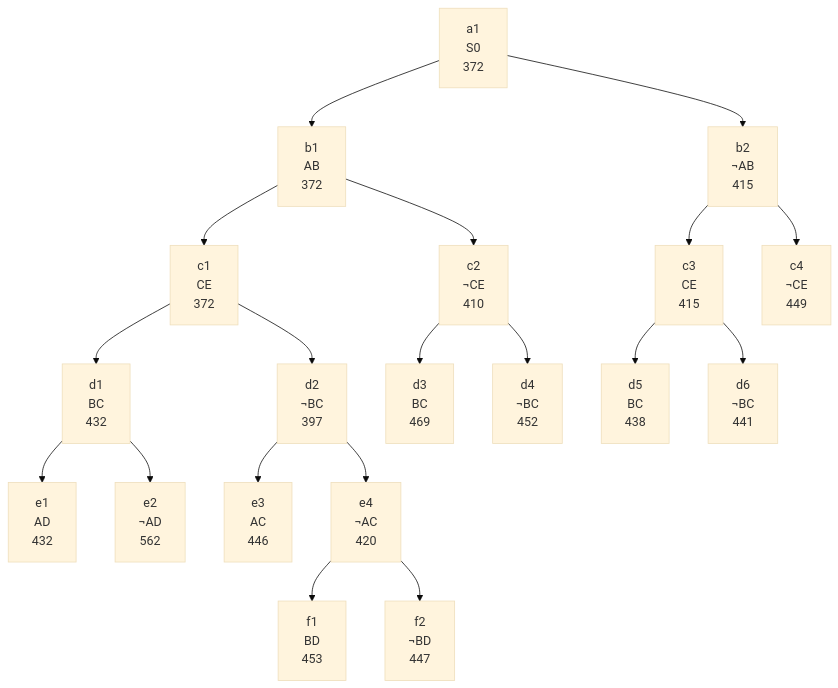
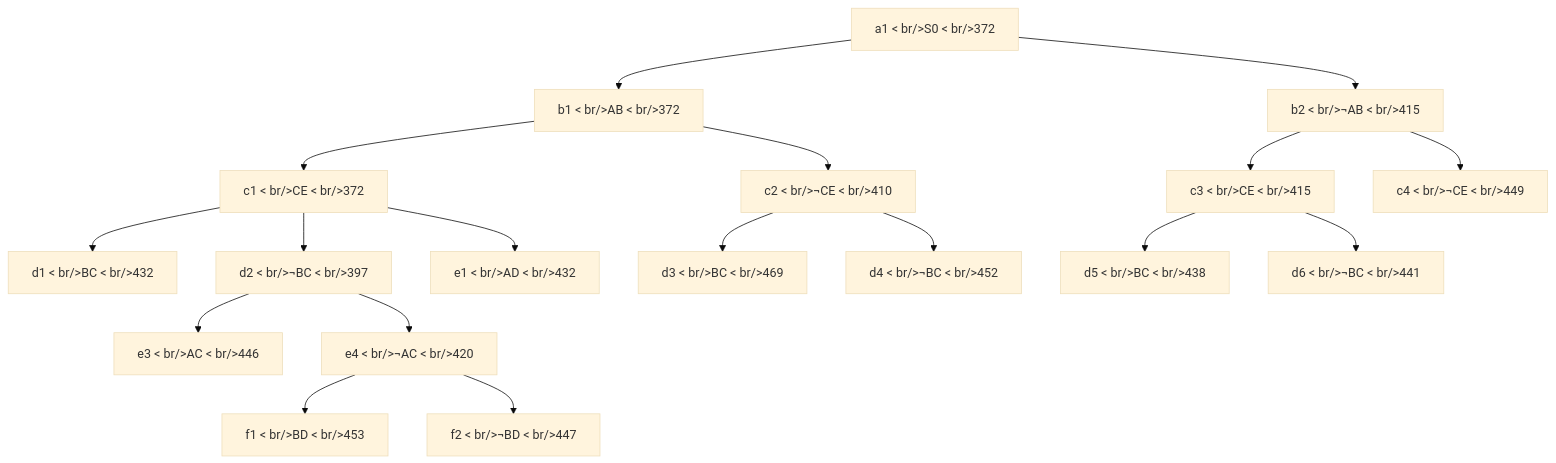
One commit to vbordia/aifu changed the diagram in src/content/papers/23t3-an/02-tsp-branch-and-bound.mdx. Above: the diagram before and after it, drawn with Mermaid (base theme). The commit also changed other lines of this file and 146 other files, not shown here.

````diff
--- a/src/content/papers/23t3-an/02-tsp-branch-and-bound.mdx
+++ b/src/content/papers/23t3-an/02-tsp-branch-and-bound.mdx
@@ -20,21 +20,20 @@
 ```mermaid
 graph TD
-    a1["a1<br/>S0<br/>372"] --> b1["b1<br/>AB<br/>372"]
-    a1 --> b2["b2<br/>¬AB<br/>415"]
-    b1 --> c1["c1<br/>CE<br/>372"]
-    b1 --> c2["c2<br/>¬CE<br/>410"]
-    b2 --> c3["c3<br/>CE<br/>415"]
-    b2 --> c4["c4<br/>¬CE<br/>449"]
-    c1 --> d1["d1<br/>BC<br/>432"]
-    c1 --> d2["d2<br/>¬BC<br/>397"]
-    c2 --> d3["d3<br/>BC<br/>469"]
-    c2 --> d4["d4<br/>¬BC<br/>452"]
-    c3 --> d5["d5<br/>BC<br/>438"]
-    c3 --> d6["d6<br/>¬BC<br/>441"]
-    d1 --> e1["e1<br/>AD<br/>432"]
-    d1 --> e2["e2<br/>¬AD<br/>562"]
-    d2 --> e3["e3<br/>AC<br/>446"]
-    d2 --> e4["e4<br/>¬AC<br/>420"]
-    e4 --> f1["f1<br/>BD<br/>453"]
-    e4 --> f2["f2<br/>¬BD<br/>447"]
+    a1["a1 &lt; br/>S0 &lt; br/>372"] --> b1["b1 &lt; br/>AB &lt; br/>372"]
+    a1 --> b2["b2 &lt; br/>¬AB &lt; br/>415"]
+    b1 --> c1["c1 &lt; br/>CE &lt; br/>372"]
+    b1 --> c2["c2 &lt; br/>¬CE &lt; br/>410"]
+    b2 --> c3["c3 &lt; br/>CE &lt; br/>415"]
+    b2 --> c4["c4 &lt; br/>¬CE &lt; br/>449"]
+    c1 --> d1["d1 &lt; br/>BC &lt; br/>432"]
+    c1 --> d2["d2 &lt; br/>¬BC &lt; br/>397"]
+    c1 --> e1["e1 &lt; br/>AD &lt; br/>432"]
+    c2 --> d3["d3 &lt; br/>BC &lt; br/>469"]
+    c2 --> d4["d4 &lt; br/>¬BC &lt; br/>452"]
+    c3 --> d5["d5 &lt; br/>BC &lt; br/>438"]
+    c3 --> d6["d6 &lt; br/>¬BC &lt; br/>441"]
+    d2 --> e3["e3 &lt; br/>AC &lt; br/>446"]
+    d2 --> e4["e4 &lt; br/>¬AC &lt; br/>420"]
+    e4 --> f1["f1 &lt; br/>BD &lt; br/>453"]
+    e4 --> f2["f2 &lt; br/>¬BD &lt; br/>447"]
 ```
````
